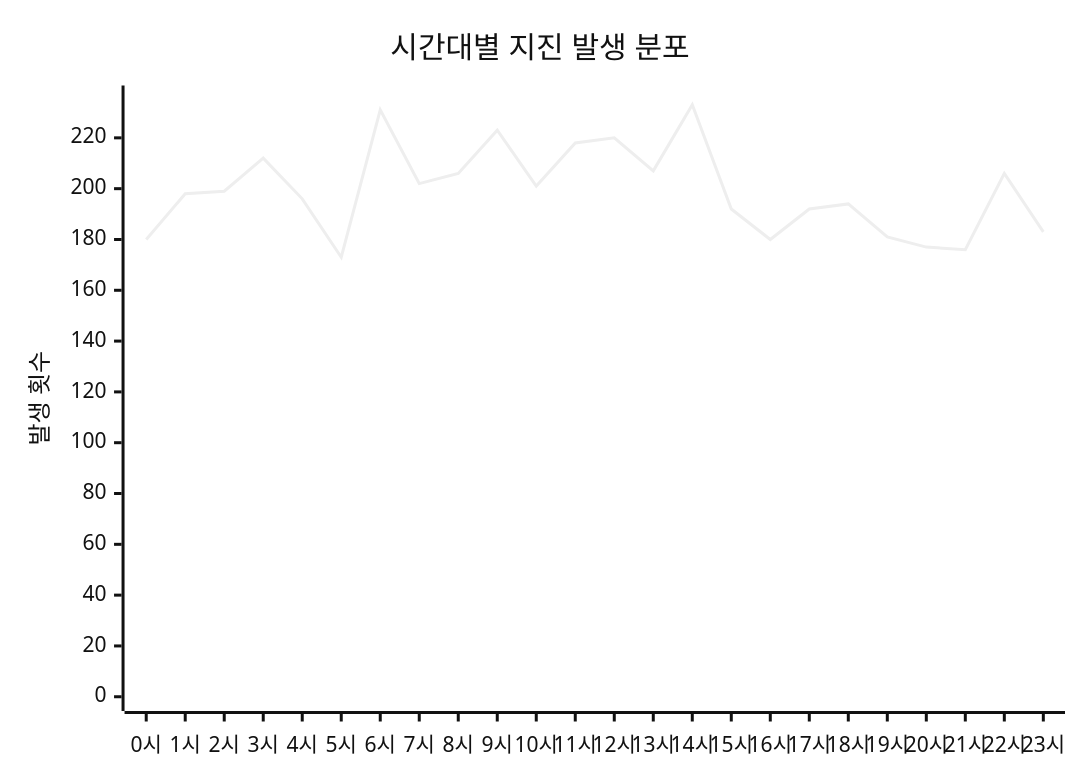
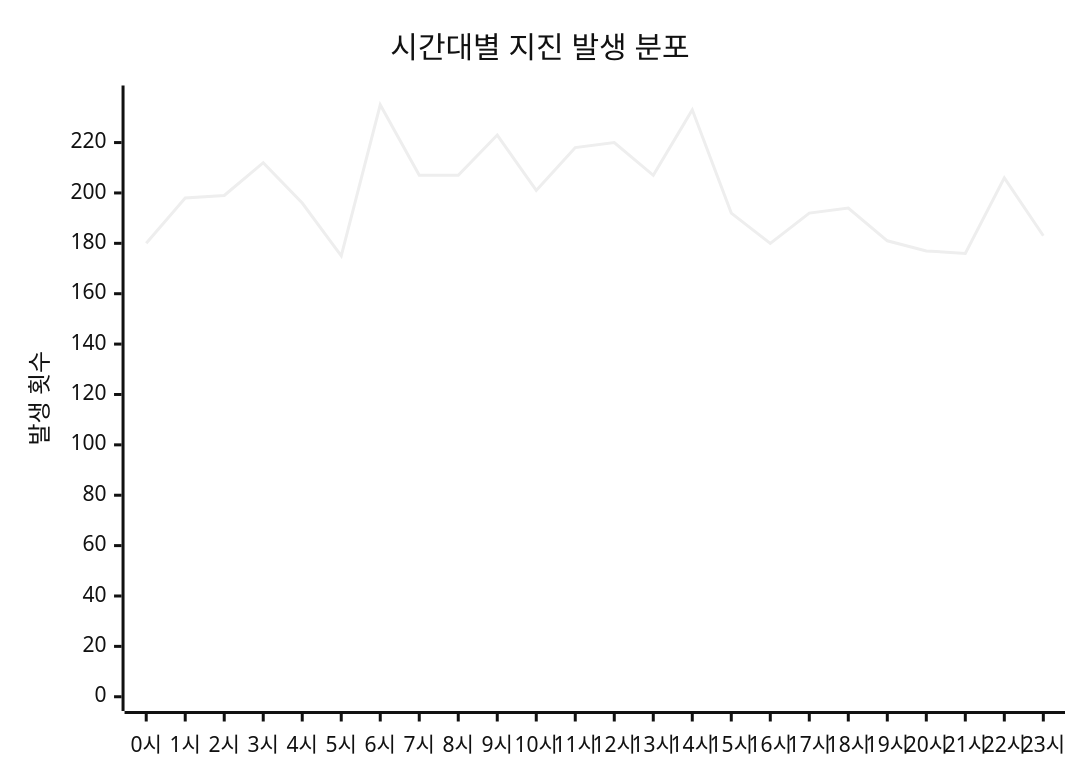
Before and after one commit to serendip811/japan-eq: the diagram in charts/time-chart.md, drawn with Mermaid (neutral theme). The commit also changed other lines of this file and 5 other files, not shown here.

Commit message:
Update earthquake data and charts Wed Jul 29 08:33:38 UTC 2026

````diff
--- a/charts/time-chart.md
+++ b/charts/time-chart.md
@@ -3,7 +3,7 @@
 ```mermaid
 xychart-beta
     title "시간대별 지진 발생 분포"
     x-axis ["0시", "1시", "2시", "3시", "4시", "5시", "6시", "7시", "8시", "9시", "10시", "11시", "12시", "13시", "14시", "15시", "16시", "17시", "18시", "19시", "20시", "21시", "22시", "23시"]
-    y-axis "발생 횟수" 0 --> 235
-    line [180, 198, 199, 212, 196, 173, 231, 202, 206, 223, 201, 218, 220, 207, 233, 192, 180, 192, 194, 181, 177, 176, 206, 183]
+    y-axis "발생 횟수" 0 --> 237
+    line [180, 198, 199, 212, 196, 175, 235, 207, 207, 223, 201, 218, 220, 207, 233, 192, 180, 192, 194, 181, 177, 176, 206, 183]
 ```
````
